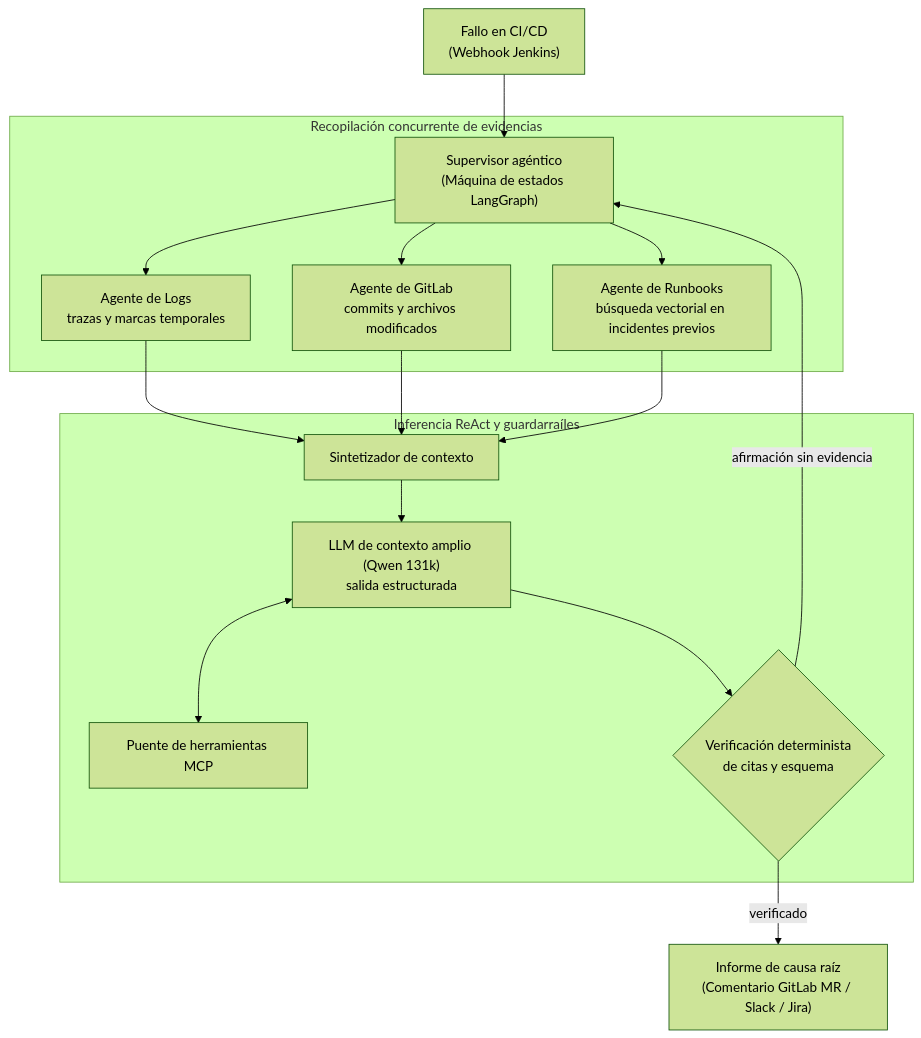
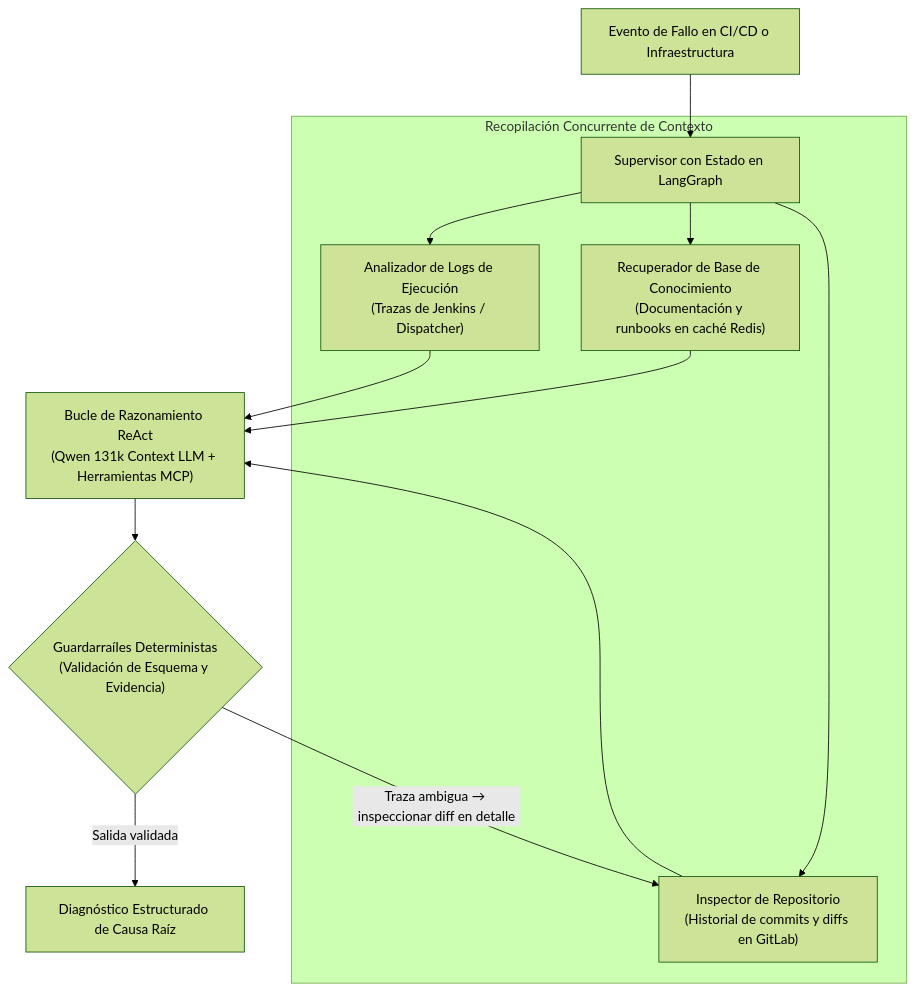
Before and after one commit to oredondo/oredondo.github.io: the diagram in docs_es/projects/orion-ai.md, drawn with Mermaid (forest theme). The commit also changed other lines of this file and 30 other files, not shown here.

````diff
--- a/docs_es/projects/orion-ai.md
+++ b/docs_es/projects/orion-ai.md
@@ -37,23 +36,16 @@
 ```mermaid
 flowchart TD
-    Trigger["Fallo en CI/CD<br/>(Webhook Jenkins)"] --> Supervisor["Supervisor agéntico<br/>(Máquina de estados LangGraph)"]
+    Trigger["Evento de Fallo en CI/CD o Infraestructura"] --> Orchestrator["Supervisor con Estado en LangGraph"]
 
-    subgraph Gather["Recopilación concurrente de evidencias"]
-        Supervisor --> Logs["Agente de Logs<br/>trazas y marcas temporales"]
-        Supervisor --> Git["Agente de GitLab<br/>commits y archivos modificados"]
-        Supervisor --> Docs["Agente de Runbooks<br/>búsqueda vectorial en incidentes previos"]
+    subgraph ParallelEvidence["Recopilación Concurrente de Contexto"]
+        Orchestrator --> LogNode["Analizador de Logs de Ejecución<br/>(Trazas de Jenkins / Dispatcher)"]
+        Orchestrator --> DocNode["Recuperador de Base de Conocimiento<br/>(Documentación y runbooks en caché Redis)"]
+        Orchestrator --> GitNode["Inspector de Repositorio<br/>(Historial de commits y diffs en GitLab)"]
     end
 
-    Logs --> Synth["Sintetizador de contexto"]
-    Git --> Synth
-    Docs --> Synth
+    LogNode & DocNode & GitNode --> ReAct["Bucle de Razonamiento ReAct<br/>(Qwen 131k Context LLM + Herramientas MCP)"]
 
-    subgraph Reason["Inferencia ReAct y guardarraíles"]
-        Synth --> LLM["LLM de contexto amplio (Qwen 131k)<br/>salida estructurada"]
-        LLM <--> MCP["Puente de herramientas MCP"]
-        LLM --> Check{"Verificación determinista<br/>de citas y esquema"}
-    end
-
-    Check -- "afirmación sin evidencia" --> Supervisor
-    Check -- "verificado" --> Report["Informe de causa raíz<br/>(Comentario GitLab MR / Slack / Jira)"]
+    ReAct --> Guardrails{"Guardarraíles Deterministas<br/>(Validación de Esquema y Evidencia)"}
+    Guardrails -- "Traza ambigua → inspeccionar diff en detalle" --> GitNode
+    Guardrails -- "Salida validada" --> Report["Diagnóstico Estructurado de Causa Raíz"]
 ```
````
